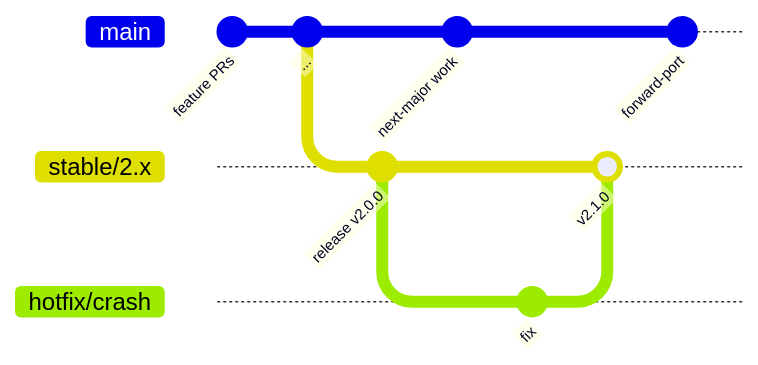
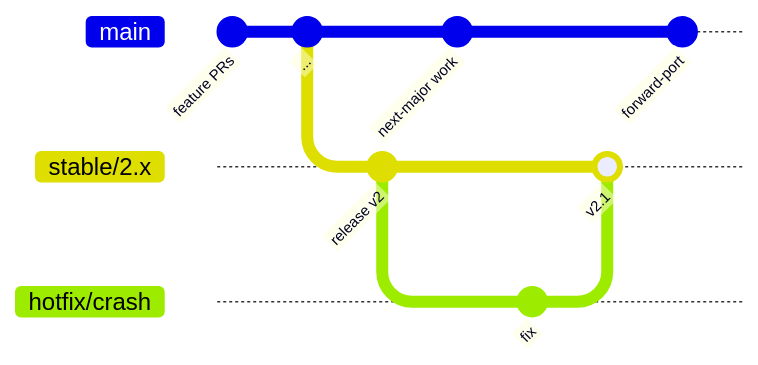
The first of 2 diagrams in docs/guide/04-shipping-code.md (WxboySuper/Graphical-Forecast-Creator), drawn with Mermaid before and after one commit. The commit also changed 1 other file, not shown here.

Commit message:
docs: align release and policy labels

````diff
--- a/docs/guide/04-shipping-code.md
+++ b/docs/guide/04-shipping-code.md
@@ -7,16 +7,16 @@
 ```mermaid
 gitGraph
   commit id: "feature PRs"
   commit id: "..."
   branch stable/2.x
-  commit id: "release v2.0.0"
+  commit id: "release v2"
   checkout main
   commit id: "next-major work"
   checkout stable/2.x
   branch hotfix/crash
   commit id: "fix"
   checkout stable/2.x
-  merge hotfix/crash id: "v2.1.0"
+  merge hotfix/crash id: "v2.1"
   checkout main
   commit id: "forward-port"
 ```
````
